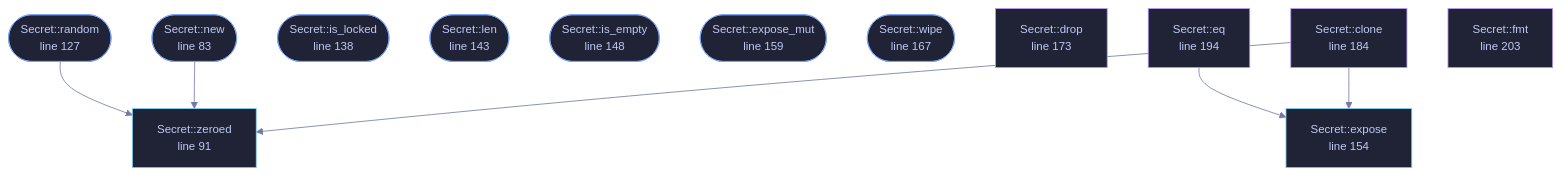
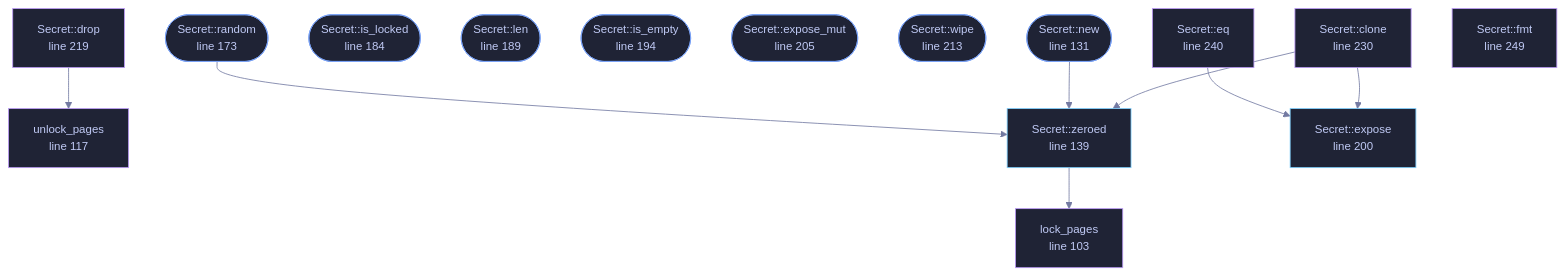
Before and after one commit to tilas01/veilvoice: the diagram in docs/files/veilvoice-crypto/amnesia.md, drawn with Mermaid. The commit also changed other lines of this file and 19 other files, not shown here.

````diff
--- a/docs/files/veilvoice-crypto/amnesia.md
+++ b/docs/files/veilvoice-crypto/amnesia.md
@@ -124,41 +124,47 @@
 ```mermaid
 %%{init: {"theme":"base","themeVariables":{"background":"#1a1b26","primaryColor":"#1f2335","primaryTextColor":"#c0caf5","primaryBorderColor":"#7aa2f7","secondaryColor":"#16161e","tertiaryColor":"#16161e","lineColor":"#737aa2","textColor":"#c0caf5","mainBkg":"#1f2335","nodeBorder":"#7aa2f7","clusterBkg":"#16161e","clusterBorder":"#2f3549","fontFamily":"ui-monospace, SFMono-Regular, Consolas, monospace","fontSize":"14px"}}}%%
 flowchart TD
-    n_new(["Secret::new<br/>line 83"])
-    n_zeroed["Secret::zeroed<br/>line 91"]
-    n_random(["Secret::random<br/>line 127"])
-    n_is_locked(["Secret::is_locked<br/>line 138"])
-    n_len(["Secret::len<br/>line 143"])
-    n_is_empty(["Secret::is_empty<br/>line 148"])
-    n_expose["Secret::expose<br/>line 154"]
-    n_expose_mut(["Secret::expose_mut<br/>line 159"])
-    n_wipe(["Secret::wipe<br/>line 167"])
-    n_drop["Secret::drop<br/>line 173"]
-    n_clone["Secret::clone<br/>line 184"]
-    n_eq["Secret::eq<br/>line 194"]
-    n_fmt["Secret::fmt<br/>line 203"]
+    n_lock_pages["lock_pages<br/>line 103"]
+    n_unlock_pages["unlock_pages<br/>line 117"]
+    n_new(["Secret::new<br/>line 131"])
+    n_zeroed["Secret::zeroed<br/>line 139"]
+    n_random(["Secret::random<br/>line 173"])
+    n_is_locked(["Secret::is_locked<br/>line 184"])
+    n_len(["Secret::len<br/>line 189"])
+    n_is_empty(["Secret::is_empty<br/>line 194"])
+    n_expose["Secret::expose<br/>line 200"]
+    n_expose_mut(["Secret::expose_mut<br/>line 205"])
+    n_wipe(["Secret::wipe<br/>line 213"])
+    n_drop["Secret::drop<br/>line 219"]
+    n_clone["Secret::clone<br/>line 230"]
+    n_eq["Secret::eq<br/>line 240"]
+    n_fmt["Secret::fmt<br/>line 249"]
     n_clone --> n_expose
     n_clone --> n_zeroed
+    n_drop --> n_unlock_pages
     n_eq --> n_expose
     n_new --> n_zeroed
     n_random --> n_zeroed
-    click n_new href "https://github.com/tilas01/veilvoice/blob/main/crates/veilvoice-crypto/src/amnesia.rs#L83" "open the source"
-    click n_zeroed href "https://github.com/tilas01/veilvoice/blob/main/crates/veilvoice-crypto/src/amnesia.rs#L91" "open the source"
-    click n_random href "https://github.com/tilas01/veilvoice/blob/main/crates/veilvoice-crypto/src/amnesia.rs#L127" "open the source"
-    click n_is_locked href "https://github.com/tilas01/veilvoice/blob/main/crates/veilvoice-crypto/src/amnesia.rs#L138" "open the source"
-    click n_len href "https://github.com/tilas01/veilvoice/blob/main/crates/veilvoice-crypto/src/amnesia.rs#L143" "open the source"
-    click n_is_empty href "https://github.com/tilas01/veilvoice/blob/main/crates/veilvoice-crypto/src/amnesia.rs#L148" "open the source"
-    click n_expose href "https://github.com/tilas01/veilvoice/blob/main/crates/veilvoice-crypto/src/amnesia.rs#L154" "open the source"
-    click n_expose_mut href "https://github.com/tilas01/veilvoice/blob/main/crates/veilvoice-crypto/src/amnesia.rs#L159" "open the source"
-    click n_wipe href "https://github.com/tilas01/veilvoice/blob/main/crates/veilvoice-crypto/src/amnesia.rs#L167" "open the source"
-    click n_drop href "https://github.com/tilas01/veilvoice/blob/main/crates/veilvoice-crypto/src/amnesia.rs#L173" "open the source"
-    click n_clone href "https://github.com/tilas01/veilvoice/blob/main/crates/veilvoice-crypto/src/amnesia.rs#L184" "open the source"
-    click n_eq href "https://github.com/tilas01/veilvoice/blob/main/crates/veilvoice-crypto/src/amnesia.rs#L194" "open the source"
-    click n_fmt href "https://github.com/tilas01/veilvoice/blob/main/crates/veilvoice-crypto/src/amnesia.rs#L203" "open the source"
+    n_zeroed --> n_lock_pages
+    click n_lock_pages href "https://github.com/tilas01/veilvoice/blob/main/crates/veilvoice-crypto/src/amnesia.rs#L103" "open the source"
+    click n_unlock_pages href "https://github.com/tilas01/veilvoice/blob/main/crates/veilvoice-crypto/src/amnesia.rs#L117" "open the source"
+    click n_new href "https://github.com/tilas01/veilvoice/blob/main/crates/veilvoice-crypto/src/amnesia.rs#L131" "open the source"
+    click n_zeroed href "https://github.com/tilas01/veilvoice/blob/main/crates/veilvoice-crypto/src/amnesia.rs#L139" "open the source"
+    click n_random href "https://github.com/tilas01/veilvoice/blob/main/crates/veilvoice-crypto/src/amnesia.rs#L173" "open the source"
+    click n_is_locked href "https://github.com/tilas01/veilvoice/blob/main/crates/veilvoice-crypto/src/amnesia.rs#L184" "open the source"
+    click n_len href "https://github.com/tilas01/veilvoice/blob/main/crates/veilvoice-crypto/src/amnesia.rs#L189" "open the source"
+    click n_is_empty href "https://github.com/tilas01/veilvoice/blob/main/crates/veilvoice-crypto/src/amnesia.rs#L194" "open the source"
+    click n_expose href "https://github.com/tilas01/veilvoice/blob/main/crates/veilvoice-crypto/src/amnesia.rs#L200" "open the source"
+    click n_expose_mut href "https://github.com/tilas01/veilvoice/blob/main/crates/veilvoice-crypto/src/amnesia.rs#L205" "open the source"
+    click n_wipe href "https://github.com/tilas01/veilvoice/blob/main/crates/veilvoice-crypto/src/amnesia.rs#L213" "open the source"
+    click n_drop href "https://github.com/tilas01/veilvoice/blob/main/crates/veilvoice-crypto/src/amnesia.rs#L219" "open the source"
+    click n_clone href "https://github.com/tilas01/veilvoice/blob/main/crates/veilvoice-crypto/src/amnesia.rs#L230" "open the source"
+    click n_eq href "https://github.com/tilas01/veilvoice/blob/main/crates/veilvoice-crypto/src/amnesia.rs#L240" "open the source"
+    click n_fmt href "https://github.com/tilas01/veilvoice/blob/main/crates/veilvoice-crypto/src/amnesia.rs#L249" "open the source"
     classDef entry fill:#1f2335,stroke:#7aa2f7,color:#c0caf5
     class n_new,n_random,n_is_locked,n_len,n_is_empty,n_expose_mut,n_wipe entry
     classDef api fill:#1f2335,stroke:#7dcfff,color:#c0caf5
     class n_zeroed,n_expose api
     classDef helper fill:#1f2335,stroke:#bb9af7,color:#c0caf5
-    class n_drop,n_clone,n_eq,n_fmt helper
+    class n_lock_pages,n_unlock_pages,n_drop,n_clone,n_eq,n_fmt helper
 ```
````
